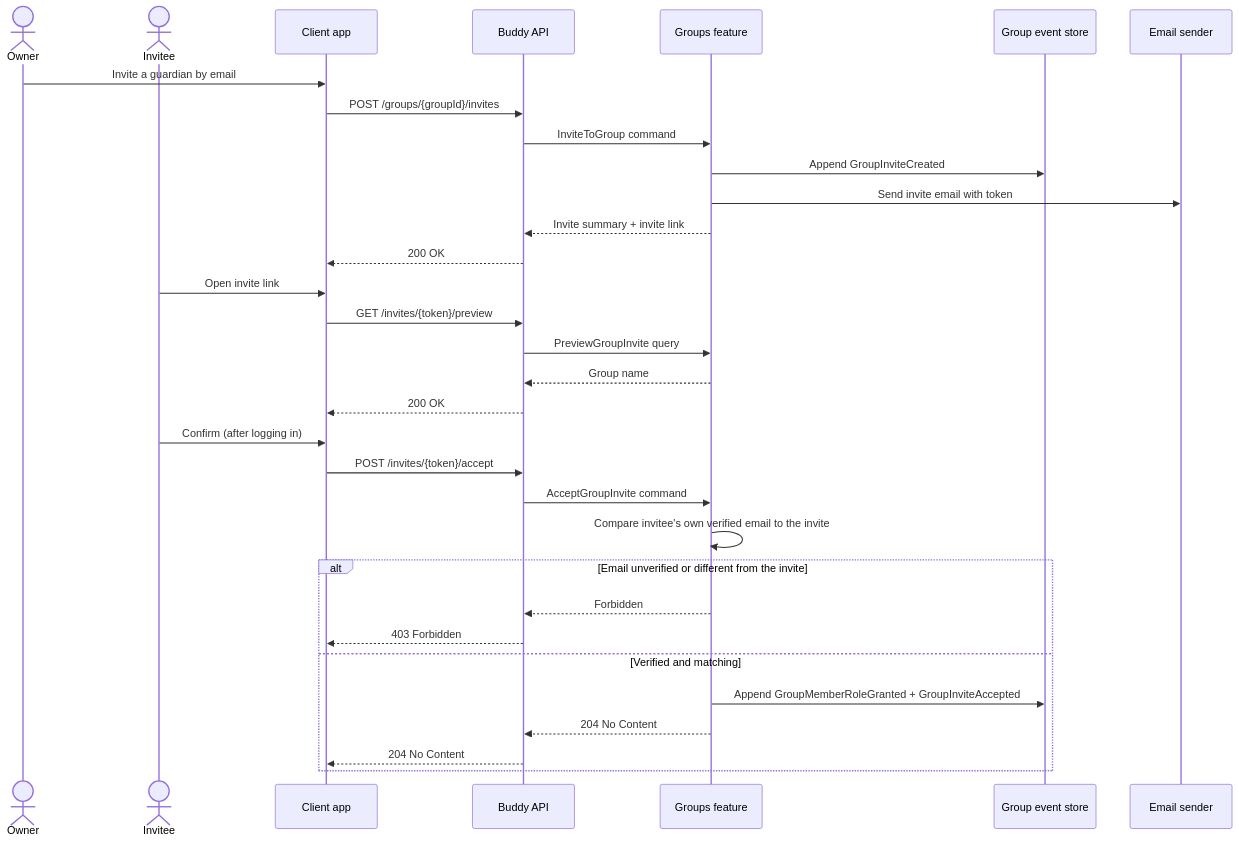
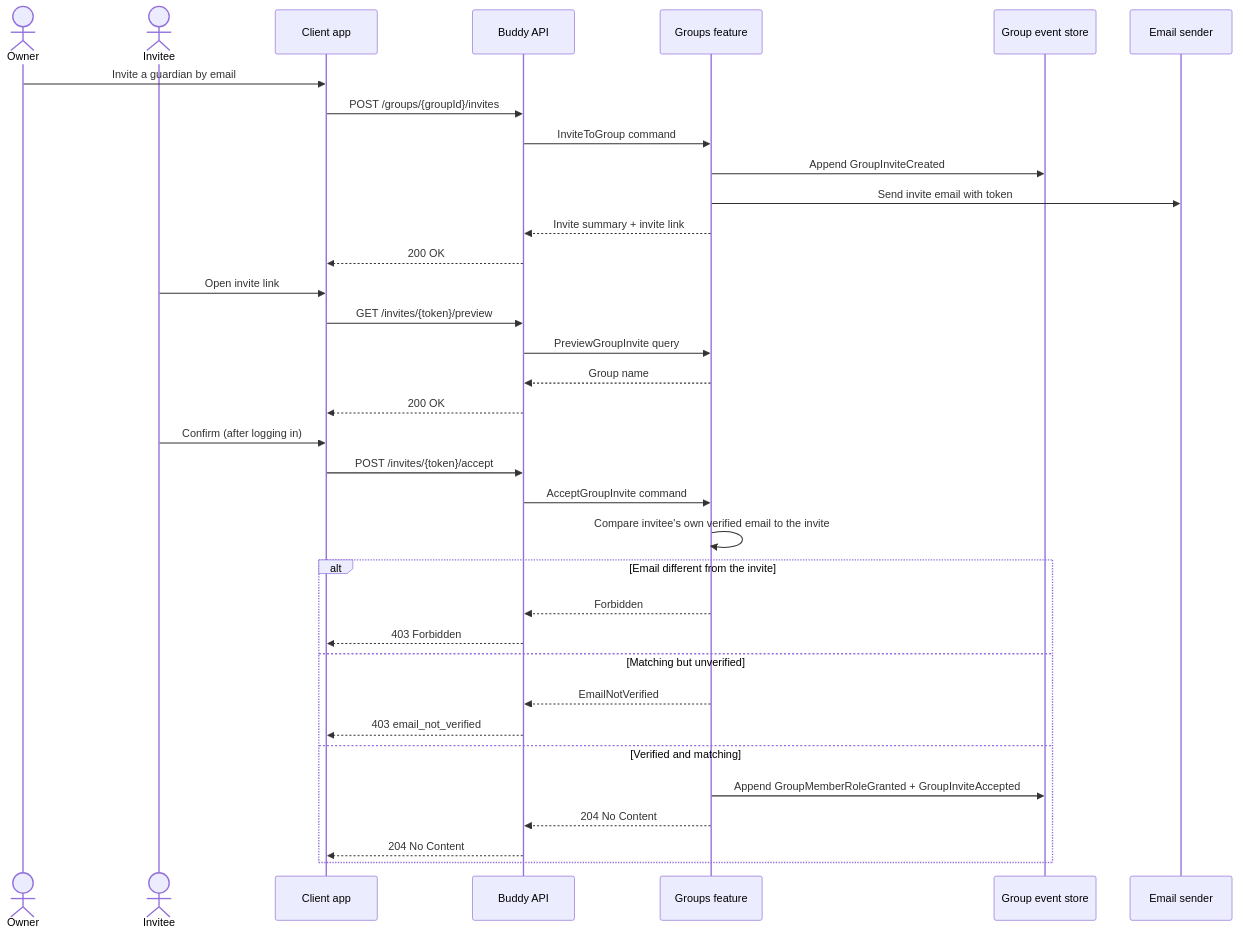
The second of 2 diagrams in docs/backend/groups/flow.md (kimipsen/buddy), drawn with Mermaid before and after one commit. The commit also changed other lines of this file and 21 other files, not shown here.

````diff
--- a/docs/backend/groups/flow.md
+++ b/docs/backend/groups/flow.md
@@ -44,37 +44,40 @@
 ```mermaid
 sequenceDiagram
     actor Owner
     actor Invitee
     participant App as Client app
     participant API as Buddy API
     participant Groups as Groups feature
     participant Store as Group event store
     participant Mail as Email sender
 
     Owner->>App: Invite a guardian by email
     App->>API: POST /groups/{groupId}/invites
     API->>Groups: InviteToGroup command
     Groups->>Store: Append GroupInviteCreated
     Groups->>Mail: Send invite email with token
     Groups-->>API: Invite summary + invite link
     API-->>App: 200 OK
 
     Invitee->>App: Open invite link
     App->>API: GET /invites/{token}/preview
     API->>Groups: PreviewGroupInvite query
     Groups-->>API: Group name
     API-->>App: 200 OK
 
     Invitee->>App: Confirm (after logging in)
     App->>API: POST /invites/{token}/accept
     API->>Groups: AcceptGroupInvite command
     Groups->>Groups: Compare invitee's own verified email to the invite
-    alt Email unverified or different from the invite
+    alt Email different from the invite
         Groups-->>API: Forbidden
         API-->>App: 403 Forbidden
+    else Matching but unverified
+        Groups-->>API: EmailNotVerified
+        API-->>App: 403 email_not_verified
     else Verified and matching
         Groups->>Store: Append GroupMemberRoleGranted + GroupInviteAccepted
         Groups-->>API: 204 No Content
         API-->>App: 204 No Content
     end
 ```
````
